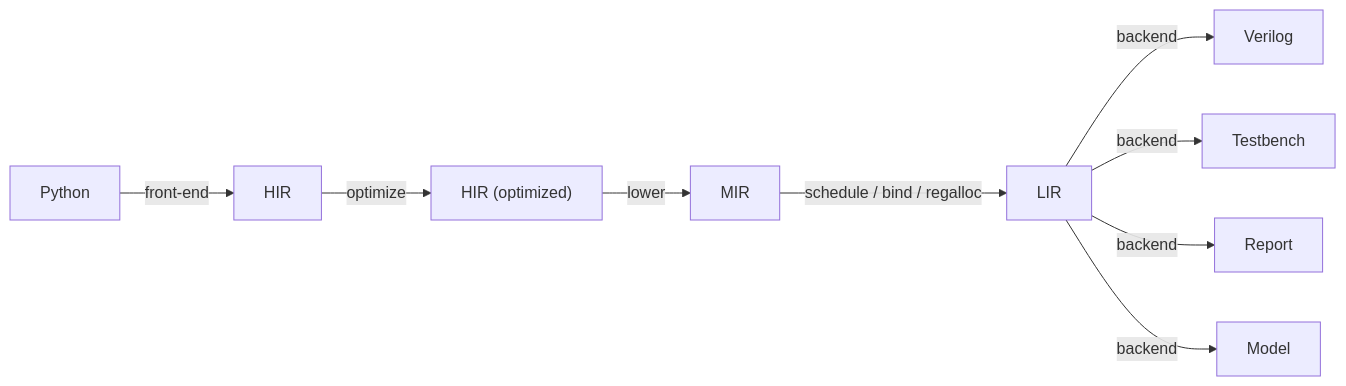
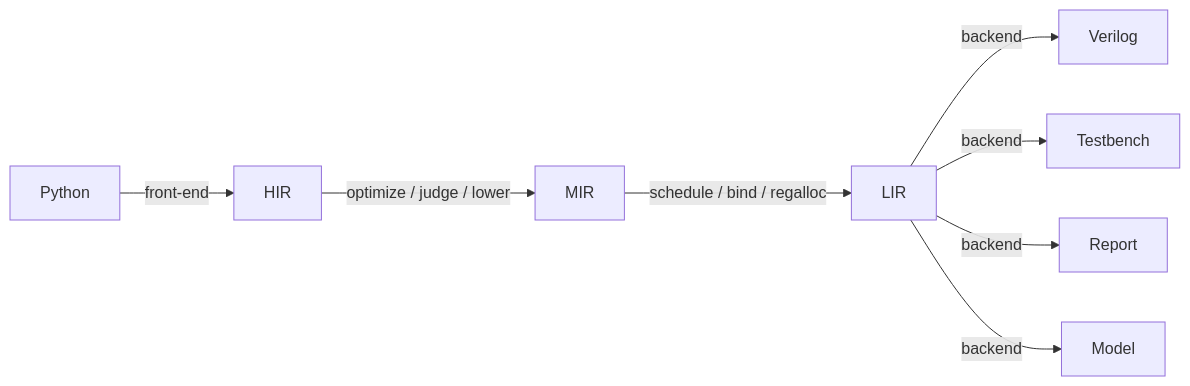
The diagram in DESIGN.md (Zubax/holoso), drawn with Mermaid before and after one commit. The commit also changed other lines of this file and 229 other files, not shown here.

````diff
--- a/DESIGN.md
+++ b/DESIGN.md
@@ -75,12 +82,11 @@
 ```mermaid
 flowchart LR
     Python[Python] -->|front-end| HIR[HIR]
-    HIR -->|optimize| HIRO["HIR (optimized)"]
-    HIRO -->|lower| MIR[MIR]
+    HIR -->|optimize / judge / lower| MIR[MIR]
     MIR -->|schedule / bind / regalloc| LIR[LIR]
 
     LIR -->|backend| Verilog[Verilog]
     LIR -->|backend| Testbench[Testbench]
     LIR -->|backend| Report[Report]
     LIR -->|backend| Model[Model]
 ```
````
